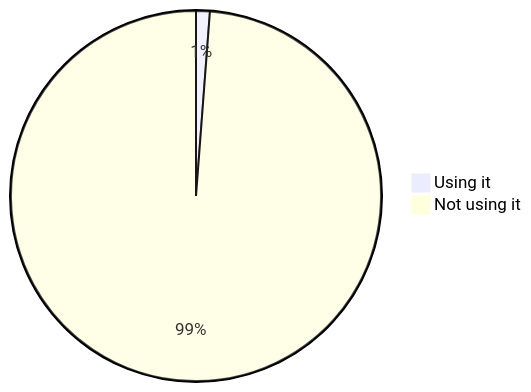
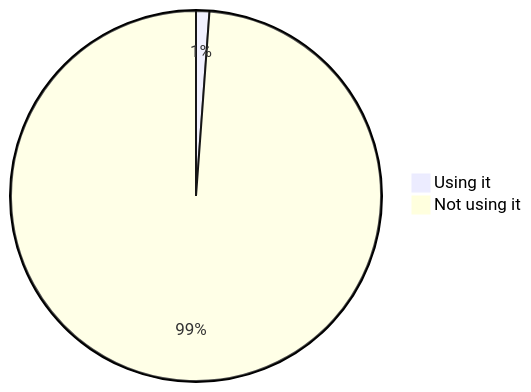
Before and after one commit to oshp/oshp-stats: the fifth of 22 diagrams in stats.md, drawn with Mermaid. The commit also changed other lines of this file, not shown here.

````diff
--- a/stats.md
+++ b/stats.md
@@ -58,6 +58,6 @@
 ```mermaid
 pie
-	"Using it" : 1.2
-	"Not using it" : 98.8
+	"Using it" : 1.16
+	"Not using it" : 98.84
 
 ```
````
